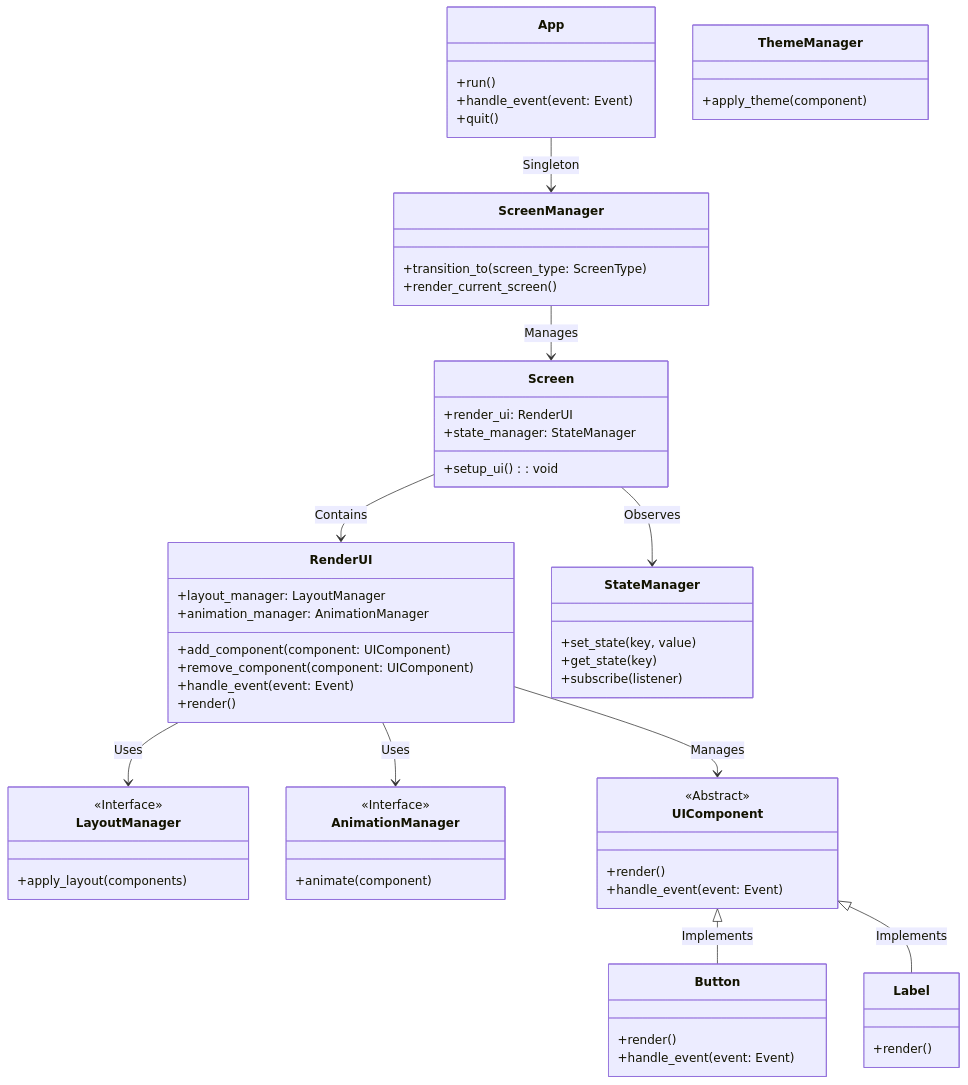
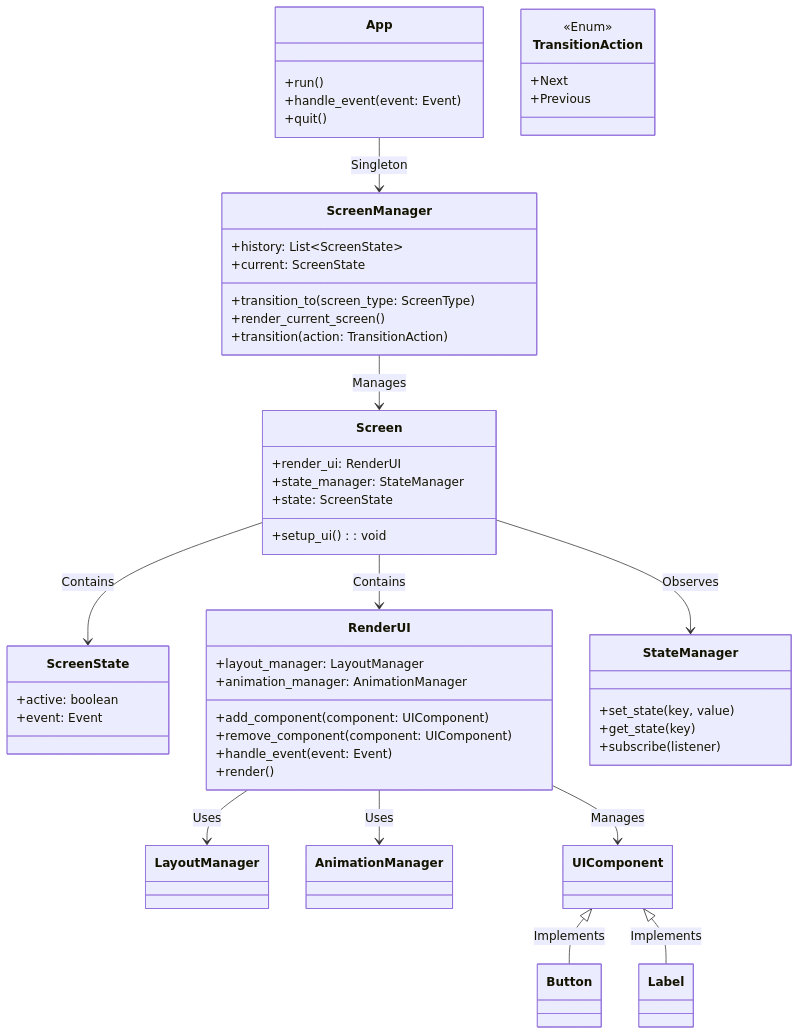
One commit to Phastboy/drawing changed the first of 2 diagrams in README.md. Above: the diagram before and after it, drawn with Mermaid.

````diff
--- a/README.md
+++ b/README.md
@@ -4,75 +4,61 @@
 ``` mermaid
 classDiagram
     direction TB
     class App {
         +run()
         +handle_event(event: Event)
         +quit()
     }
 
     class ScreenManager {
         +transition_to(screen_type: ScreenType)
         +render_current_screen()
+        +transition(action: TransitionAction)
+        +history: List~ScreenState~
+        +current: ScreenState
     }
 
     class Screen {
         +render_ui: RenderUI
         +state_manager: StateManager
+        +state: ScreenState
         +setup_ui(): void
+    }
+
+    class ScreenState {
+        +active: boolean
+        +event: Event
     }
 
     class RenderUI {
         +add_component(component: UIComponent)
         +remove_component(component: UIComponent)
         +handle_event(event: Event)
         +render()
         +layout_manager: LayoutManager
         +animation_manager: AnimationManager
     }
 
     class StateManager {
         +set_state(key, value)
         +get_state(key)
         +subscribe(listener)
     }
 
-    class ThemeManager {
-        +apply_theme(component)
-    }
-
-    class LayoutManager {
-        <<Interface>>
-        +apply_layout(components)
-    }
-
-    class AnimationManager {
-        <<Interface>>
-        +animate(component)
-    }
-
-    class UIComponent {
-        <<Abstract>>
-        +render()
-        +handle_event(event: Event)
-    }
-
-    class Button {
-        +render()
-        +handle_event(event: Event)
-    }
-
-    class Label {
-        +render()
+    class TransitionAction {
+        <<Enum>>
+        +Next
+        +Previous
     }
 
     App --> ScreenManager : Singleton
     ScreenManager --> Screen : Manages
+    Screen --> ScreenState : Contains
     Screen --> RenderUI : Contains
     Screen --> StateManager : Observes
     RenderUI --> LayoutManager : Uses
     RenderUI --> AnimationManager : Uses
     RenderUI --> UIComponent : Manages
     UIComponent <|-- Button : Implements
     UIComponent <|-- Label : Implements
-
 ```
````
